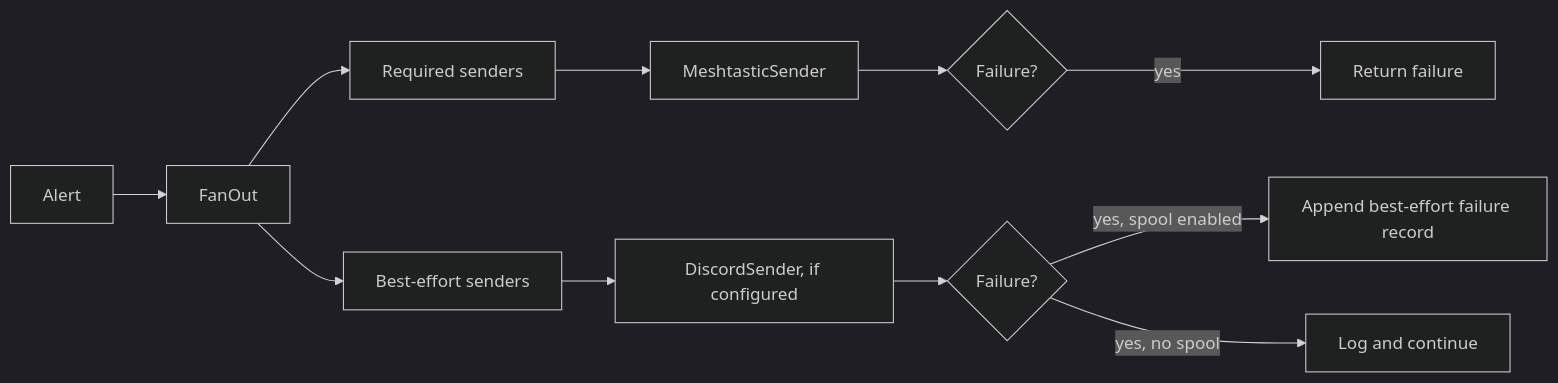
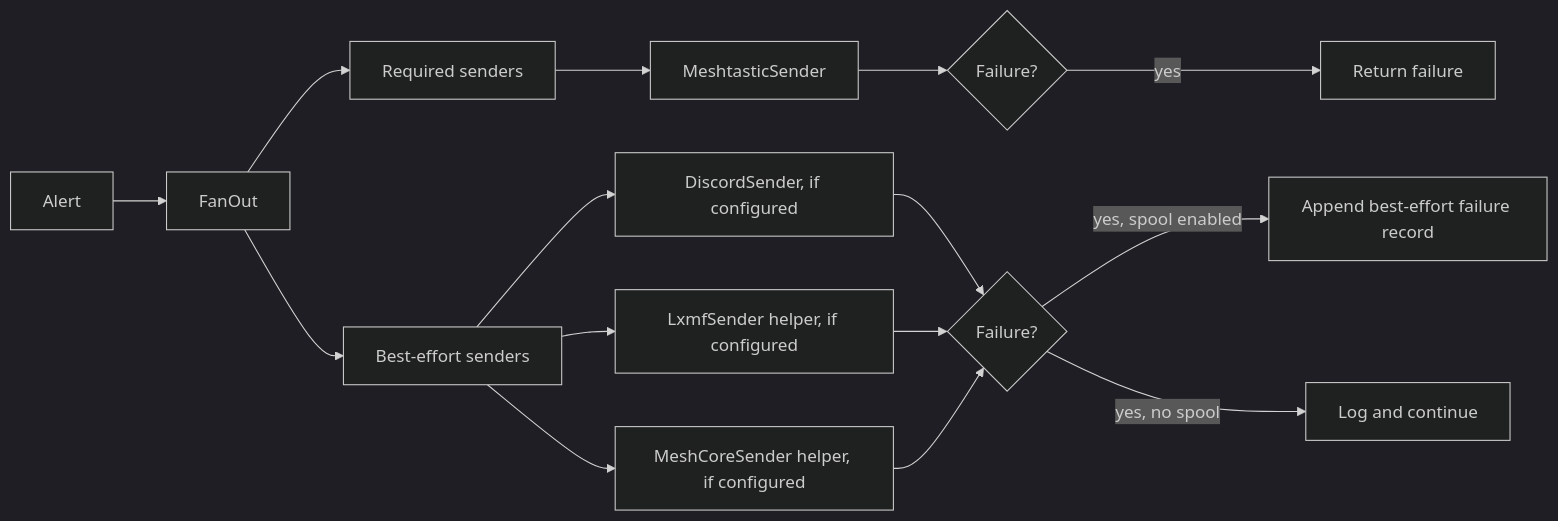
Before and after one commit to hiltonfam/Project-Sentinel: the second of 3 diagrams in docs/ARCHITECTURE.md, drawn with Mermaid (dark theme). The commit also changed other lines of this file and 2 other files, not shown here.

````diff
--- a/docs/ARCHITECTURE.md
+++ b/docs/ARCHITECTURE.md
@@ -71,13 +73,17 @@
 ```mermaid
 flowchart LR
     A["Alert"] --> B["FanOut"]
     B --> C["Required senders"]
     B --> D["Best-effort senders"]
     C --> E["MeshtasticSender"]
     D --> F["DiscordSender, if configured"]
-    F --> G{"Failure?"}
-    G -->|yes, spool enabled| H["Append best-effort failure record"]
-    G -->|yes, no spool| I["Log and continue"]
-    E --> J{"Failure?"}
-    J -->|yes| K["Return failure"]
+    D --> G["LxmfSender helper, if configured"]
+    D --> H["MeshCoreSender helper, if configured"]
+    F --> I{"Failure?"}
+    G --> I
+    H --> I
+    I -->|yes, spool enabled| J["Append best-effort failure record"]
+    I -->|yes, no spool| K["Log and continue"]
+    E --> L{"Failure?"}
+    L -->|yes| M["Return failure"]
 ```
````
